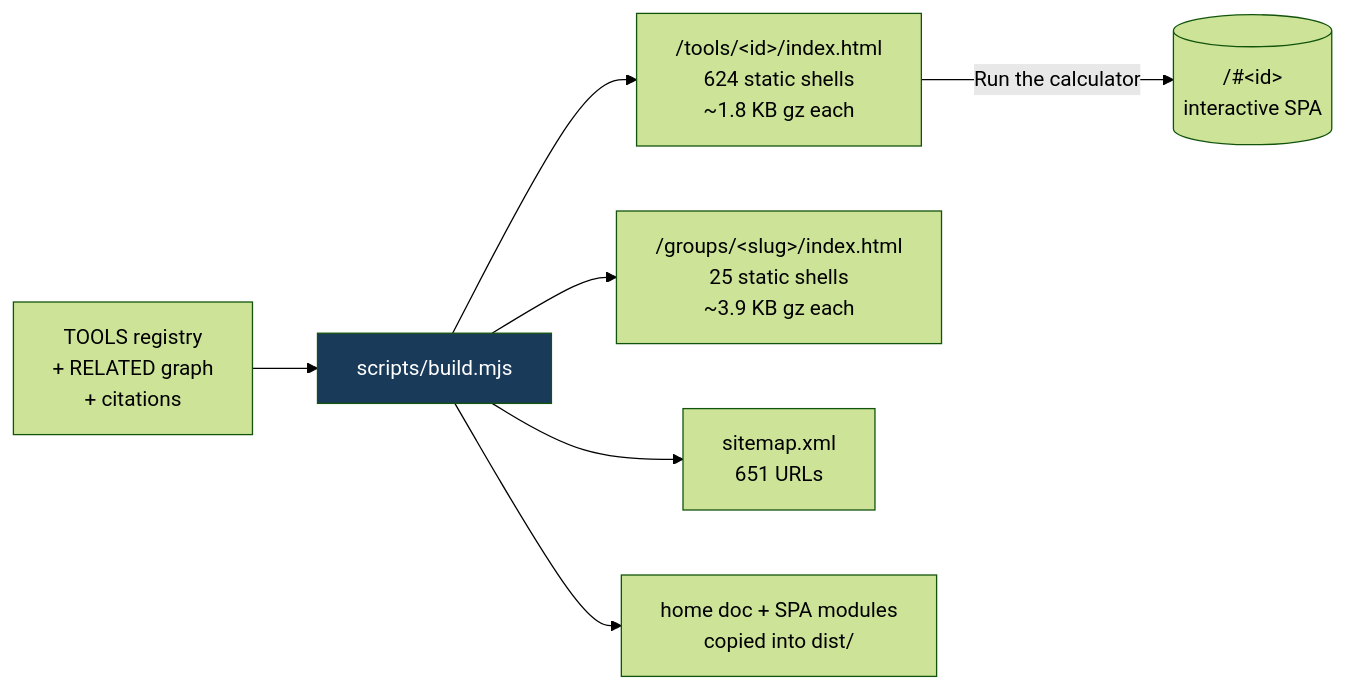
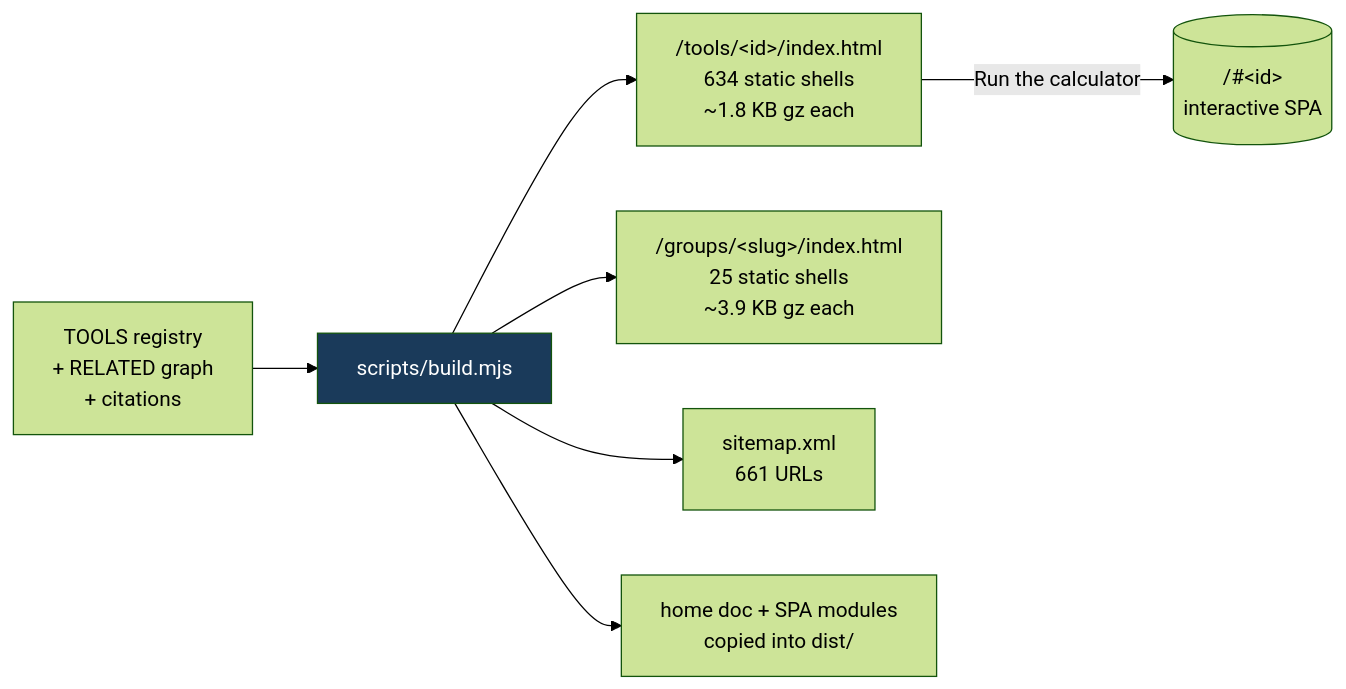
Before and after one commit to clay-good/roughlogic.com: the fifth of 8 diagrams in README.md, drawn with Mermaid (forest theme). The commit also changed other lines of this file and 20 other files, not shown here.

````diff
--- a/README.md
+++ b/README.md
@@ -420,10 +422,10 @@
 ```mermaid
 flowchart LR
     SRC[TOOLS registry\n+ RELATED graph\n+ citations] --> BUILD[scripts/build.mjs]
-    BUILD --> TILE["/tools/&lt;id&gt;/index.html\n624 static shells\n~1.8 KB gz each"]
+    BUILD --> TILE["/tools/&lt;id&gt;/index.html\n634 static shells\n~1.8 KB gz each"]
     BUILD --> GROUP["/groups/&lt;slug&gt;/index.html\n25 static shells\n~3.9 KB gz each"]
-    BUILD --> MAP["sitemap.xml\n651 URLs"]
+    BUILD --> MAP["sitemap.xml\n661 URLs"]
     BUILD --> COPY[home doc + SPA modules\ncopied into dist/]
     TILE -->|Run the calculator| SPA[("/#&lt;id&gt;\ninteractive SPA")]
     style BUILD fill:#1a3a5a,color:#fff
 ```
````
